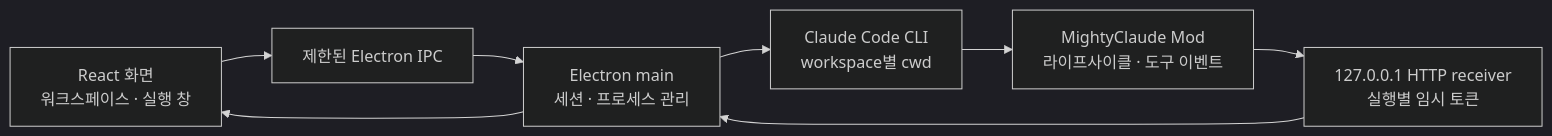
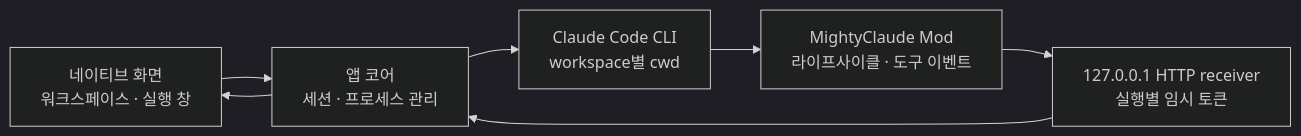
Before and after one commit to athens96/MightyClaude: the diagram in docs/claude-mods-analysis.md, drawn with Mermaid (dark theme). The commit also changed other lines of this file and 215 other files, not shown here.

````diff
--- a/docs/claude-mods-analysis.md
+++ b/docs/claude-mods-analysis.md
@@ -64,10 +64,9 @@
 ```mermaid
 flowchart LR
-  UI[React 화면\n워크스페이스 · 실행 창] --> IPC[제한된 Electron IPC]
-  IPC --> Main[Electron main\n세션 · 프로세스 관리]
+  UI[네이티브 화면\n워크스페이스 · 실행 창] --> Main[앱 코어\n세션 · 프로세스 관리]
   Main --> CLI[Claude Code CLI\nworkspace별 cwd]
   CLI --> Mod[MightyClaude Mod\n라이프사이클 · 도구 이벤트]
   Mod --> HTTP[127.0.0.1 HTTP receiver\n실행별 임시 토큰]
   HTTP --> Main
   Main --> UI
 ```
````
